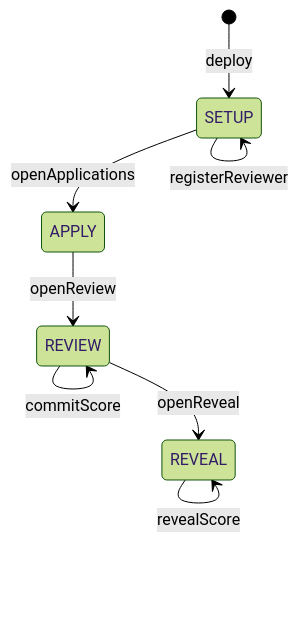
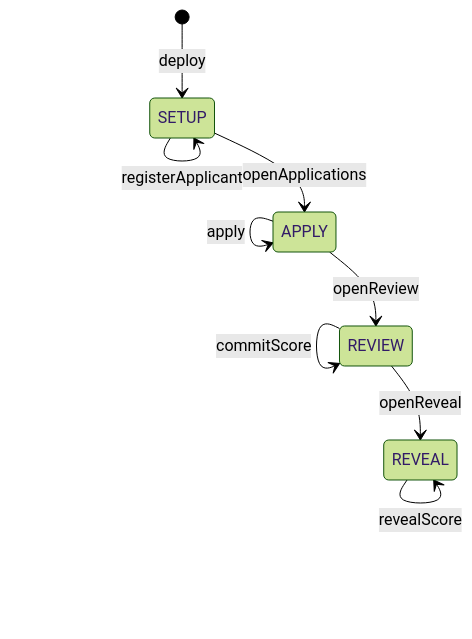
Before and after one commit to sayweer/Aequira: the diagram in README.md, drawn with Mermaid (forest theme). The commit also changed other lines of this file and 1 other file, not shown here.

First line of the commit message:
docs: record the apply circuit and measure what it actually costs

````diff
--- a/README.md
+++ b/README.md
@@ -62,10 +62,12 @@
 ```mermaid
 stateDiagram-v2
     [*] --> SETUP: deploy
     SETUP --> SETUP: registerReviewer
+    SETUP --> SETUP: registerApplicant
     SETUP --> APPLY: openApplications
+    APPLY --> APPLY: apply
     APPLY --> REVIEW: openReview
     REVIEW --> REVIEW: commitScore
     REVIEW --> REVEAL: openReveal
     REVEAL --> REVEAL: revealScore
 ```
````
